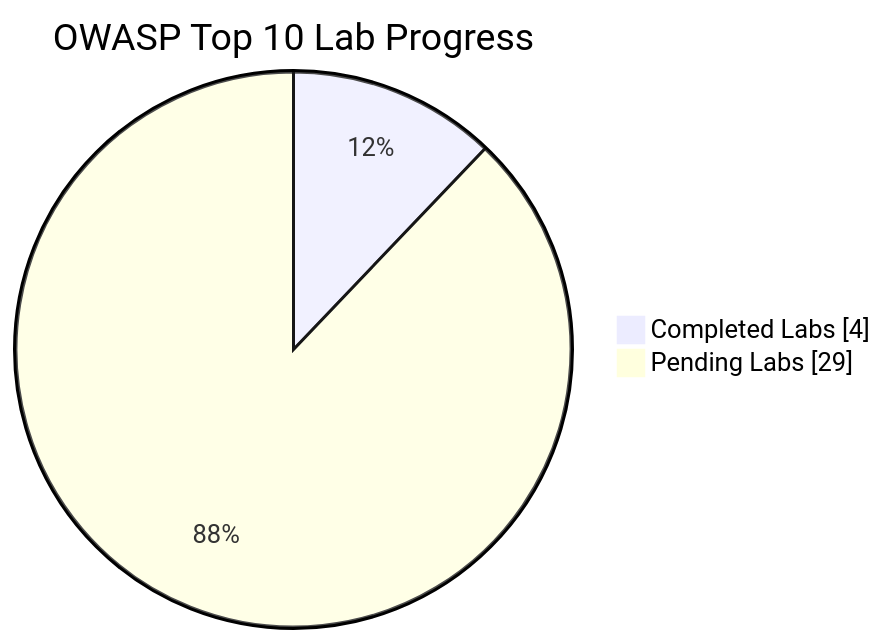
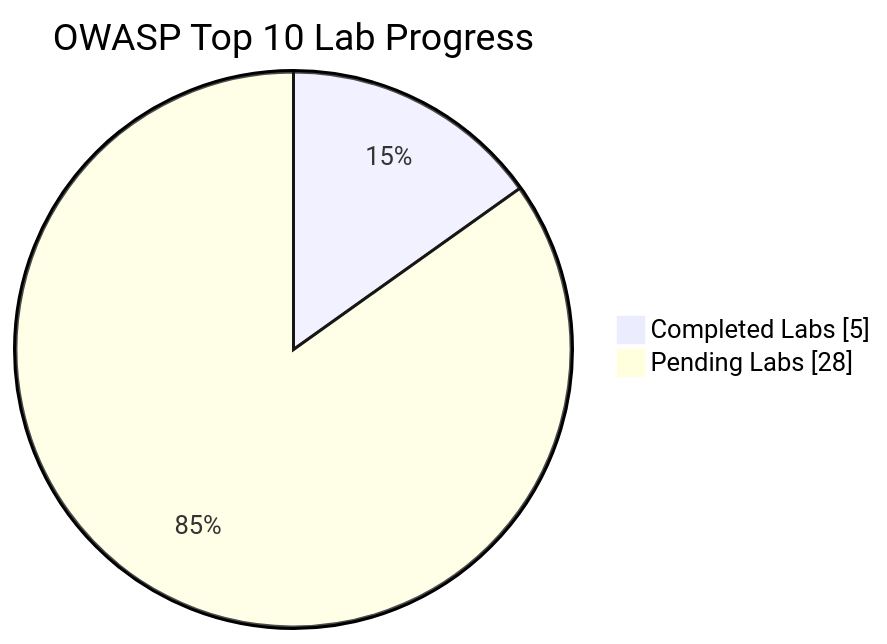
The diagram in README.md (Nish344/owasp-top10-web-security), drawn with Mermaid before and after one commit. The commit also changed other lines of this file and 1 other file, not shown here.

````diff
--- a/README.md
+++ b/README.md
@@ -12,6 +12,6 @@
 ```mermaid
 pie showData
   title OWASP Top 10 Lab Progress
-  "Completed Labs" : 4
-  "Pending Labs" : 29
+  "Completed Labs" : 5
+  "Pending Labs" : 28
 ```
````
